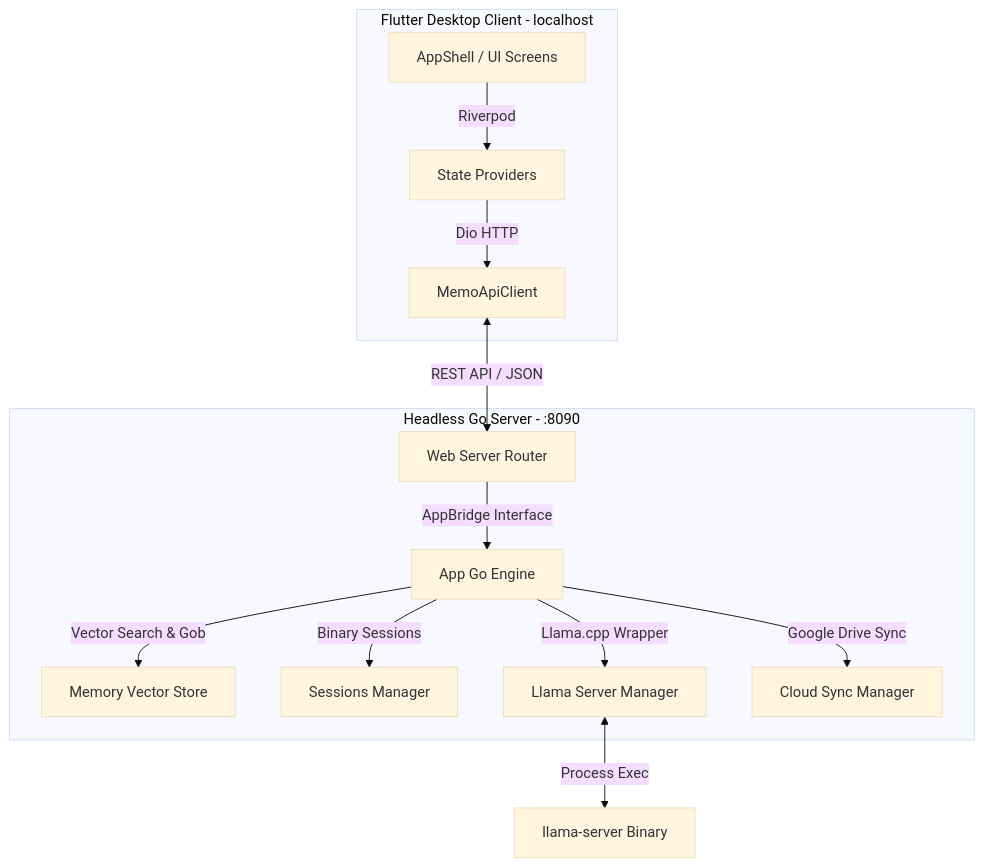
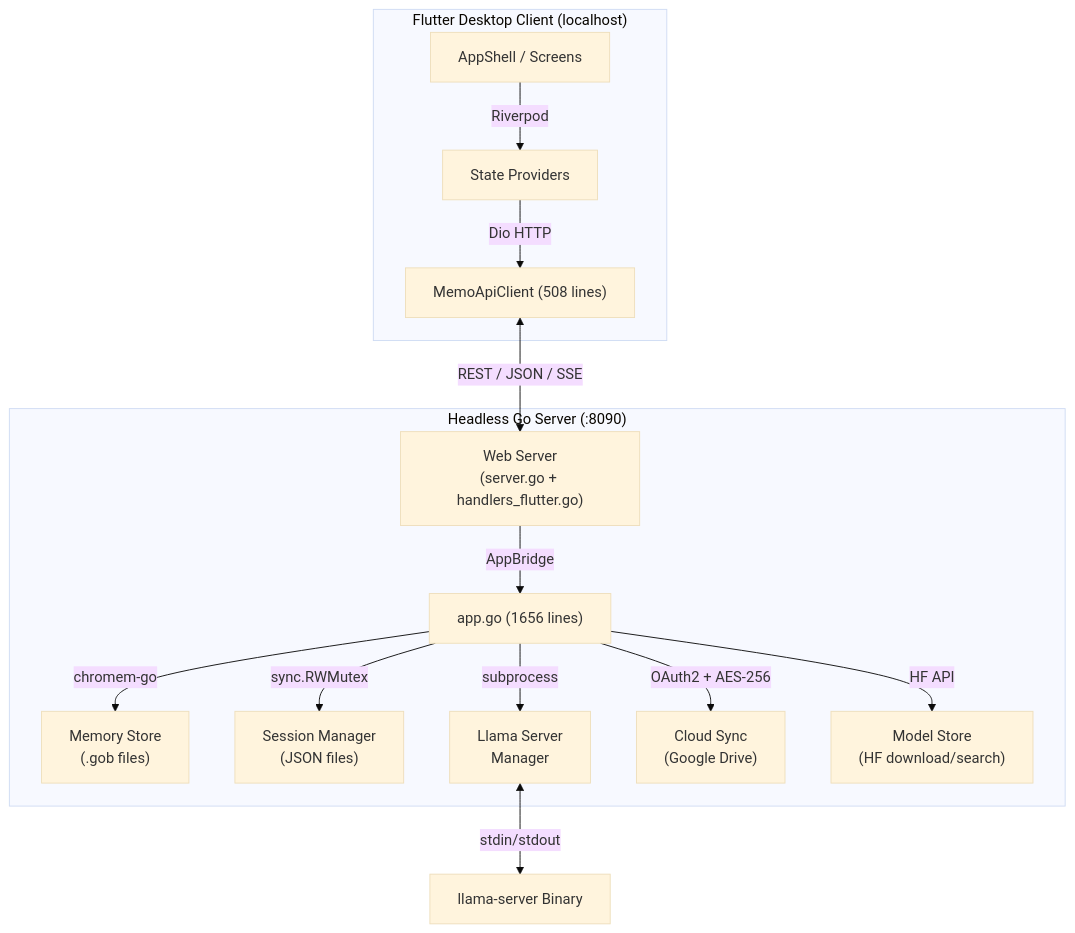
The first of 3 diagrams in architecture.md (BugraAkdemir/memo), drawn with Mermaid (base theme) before and after one commit. The commit also changed other lines of this file and 1 other file, not shown here.

````diff
--- a/architecture.md
+++ b/architecture.md
@@ -22,18 +9,20 @@
 ```mermaid
-graph TD
-    subgraph Frontend [Flutter Desktop Client - localhost]
-        UI[AppShell / UI Screens] -->|Riverpod| States[State Providers]
-        States -->|Dio HTTP| API_Client[MemoApiClient]
+graph TB
+    subgraph Frontend["Flutter Desktop Client (localhost)"]
+        UI["AppShell / Screens"] -->|Riverpod| States["State Providers"]
+        States -->|Dio HTTP| API["MemoApiClient (508 lines)"]
     end
 
-    subgraph Backend [Headless Go Server - :8090]
-        WebServer[Web Server Router] -->|AppBridge Interface| AppGo[App Go Engine]
-        AppGo -->|Vector Search & Gob| Memory[Memory Vector Store]
-        AppGo -->|Binary Sessions| Sessions[Sessions Manager]
-        AppGo -->|Llama.cpp Wrapper| Llama[Llama Server Manager]
-        AppGo -->|Google Drive Sync| Sync[Cloud Sync Manager]
+    subgraph Backend["Headless Go Server (:8090)"]
+        WS["Web Server<br/>(server.go + handlers_flutter.go)"]
+        WS -->|AppBridge| APP["app.go (1656 lines)"]
+        APP -->|chromem-go| MEM["Memory Store<br/>(.gob files)"]
+        APP -->|sync.RWMutex| SES["Session Manager<br/>(JSON files)"]
+        APP -->|subprocess| LLAMA["Llama Server<br/>Manager"]
+        APP -->|OAuth2 + AES-256| SYNC["Cloud Sync<br/>(Google Drive)"]
+        APP -->|HF API| MODEL["Model Store<br/>(HF download/search)"]
     end
 
-    API_Client <-->|REST API / JSON| WebServer
-    Llama <-->|Process Exec| LlamaCPP[llama-server Binary]
+    API <-->|"REST / JSON / SSE"| WS
+    LLAMA <-->|"stdin/stdout"| CP["llama-server Binary"]
 ```
````
